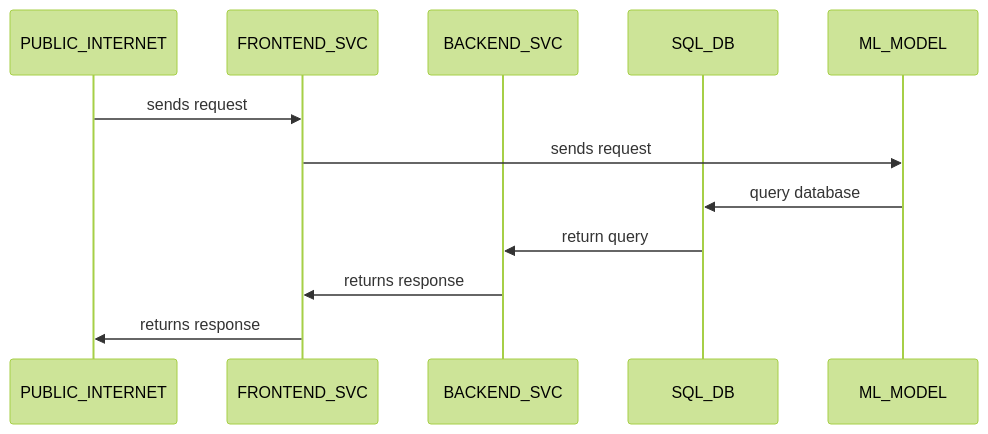
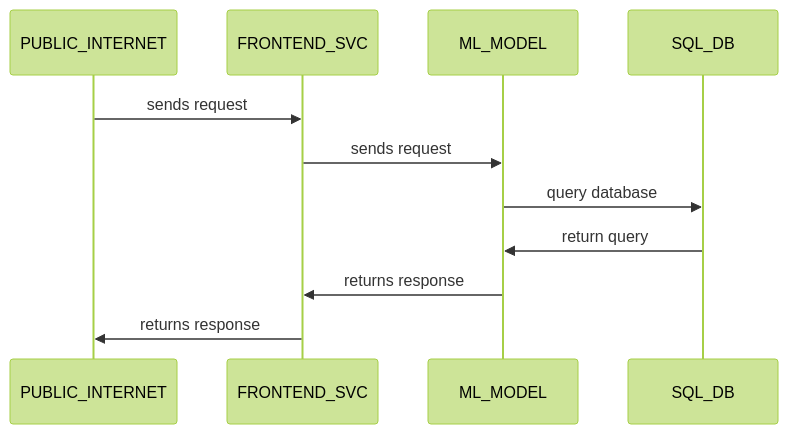
One commit to mxava/mcbroken-ml changed the second of 3 diagrams in architecture.md. Above: the diagram before and after it, drawn with Mermaid (forest theme).

````diff
--- a/architecture.md
+++ b/architecture.md
@@ -20,14 +20,14 @@
 ```mermaid
 sequenceDiagram
    participant PUBLIC_INTERNET
    participant FRONTEND_SVC
-   participant BACKEND_SVC
+   participant ML_MODEL
    participant SQL_DB
 
    PUBLIC_INTERNET->>FRONTEND_SVC: sends request
    FRONTEND_SVC->>ML_MODEL: sends request
    ML_MODEL->>SQL_DB: query database
-   SQL_DB->>BACKEND_SVC: return query
-   BACKEND_SVC->>FRONTEND_SVC: returns response
+   SQL_DB->>ML_MODEL: return query
+   ML_MODEL->>FRONTEND_SVC: returns response
    FRONTEND_SVC->>PUBLIC_INTERNET: returns response
 ```
````
